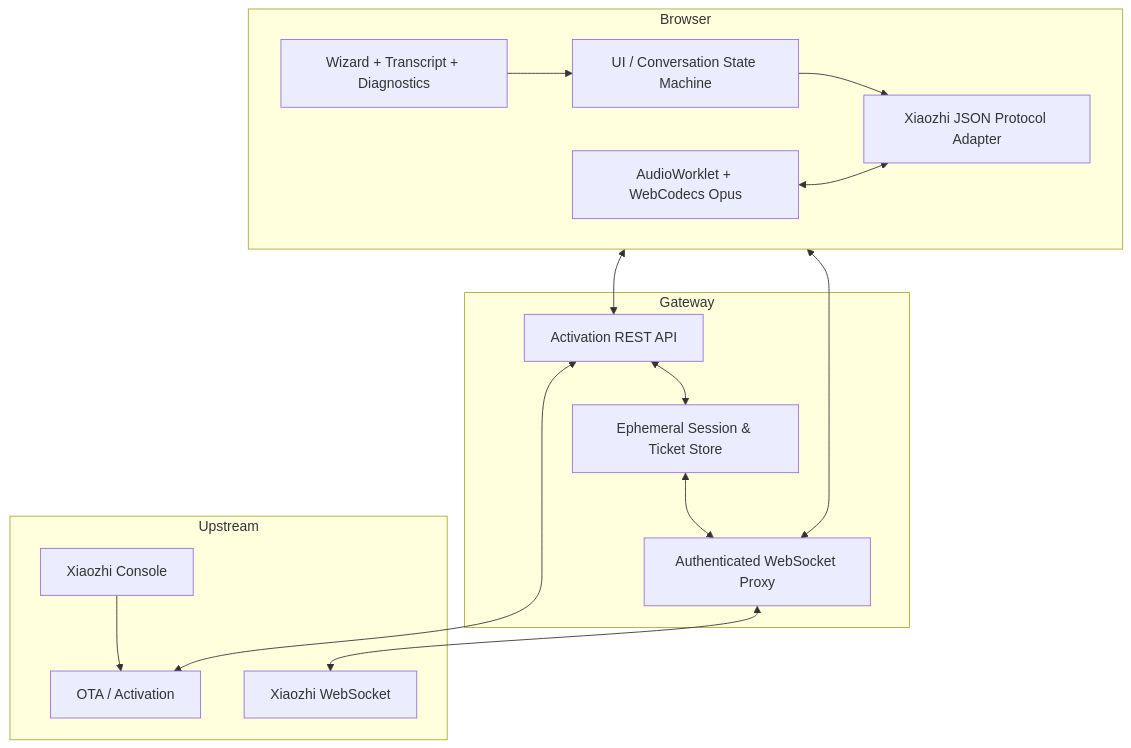
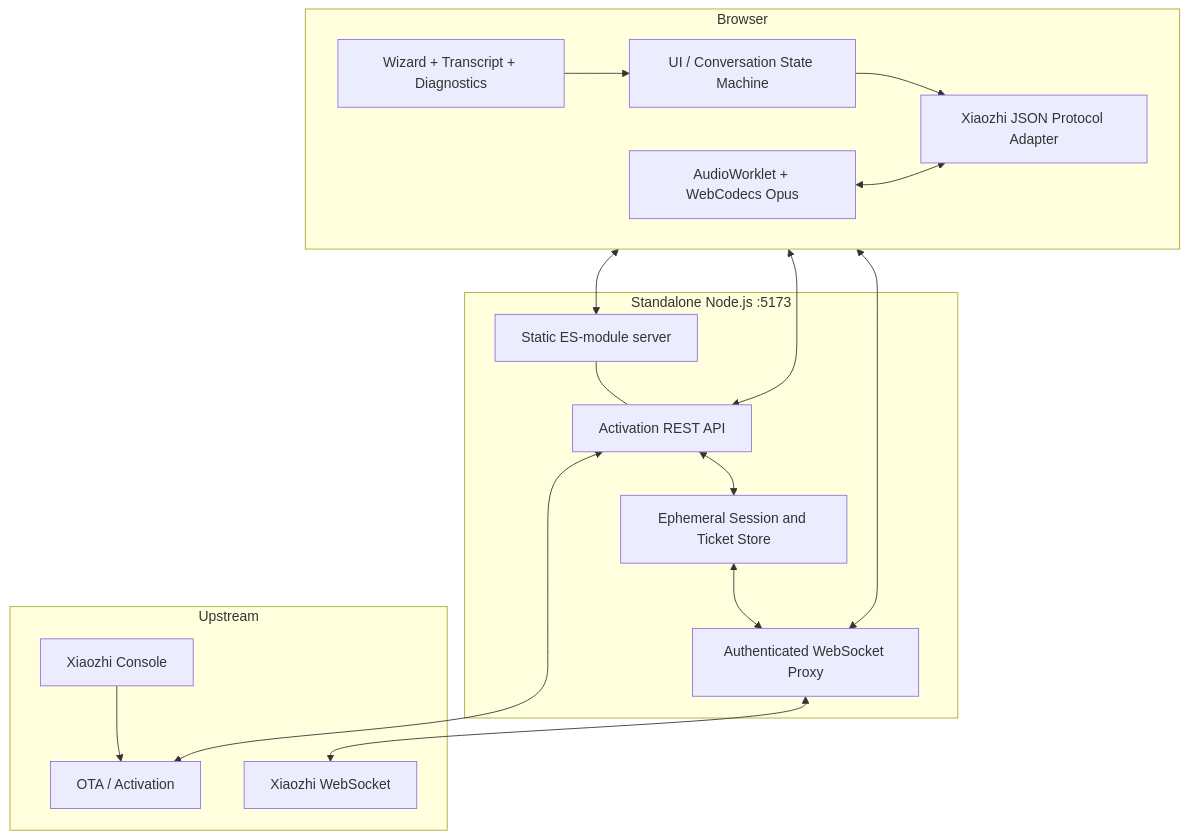
One commit to Base27-CVNSS/ViPocket-Xiaozhi changed the first of 4 diagrams in docs/ARCHITECTURE.md. Above: the diagram before and after it, drawn with Mermaid. The commit also changed other lines of this file, not shown here.

Commit message:
docs: describe the one-process architecture

````diff
--- a/docs/ARCHITECTURE.md
+++ b/docs/ARCHITECTURE.md
@@ -9,32 +17,35 @@
 ```mermaid
 flowchart TB
   subgraph Browser
     UI[Wizard + Transcript + Diagnostics]
     FSM[UI / Conversation State Machine]
     AUDIO[AudioWorklet + WebCodecs Opus]
     PROTO[Xiaozhi JSON Protocol Adapter]
     UI --> FSM
     FSM --> PROTO
     AUDIO <--> PROTO
   end
 
-  subgraph Gateway
+  subgraph Standalone[Standalone Node.js :5173]
+    STATIC[Static ES-module server]
     HTTP[Activation REST API]
-    STORE[Ephemeral Session & Ticket Store]
+    STORE[Ephemeral Session and Ticket Store]
     PROXY[Authenticated WebSocket Proxy]
+    STATIC --- HTTP
     HTTP <--> STORE
     STORE <--> PROXY
   end
 
   subgraph Upstream
     OTA[OTA / Activation]
     WS[Xiaozhi WebSocket]
     CONSOLE[Xiaozhi Console]
     CONSOLE --> OTA
   end
 
+  Browser <--> STATIC
   Browser <--> HTTP
   Browser <--> PROXY
   HTTP <--> OTA
   PROXY <--> WS
 ```
````
